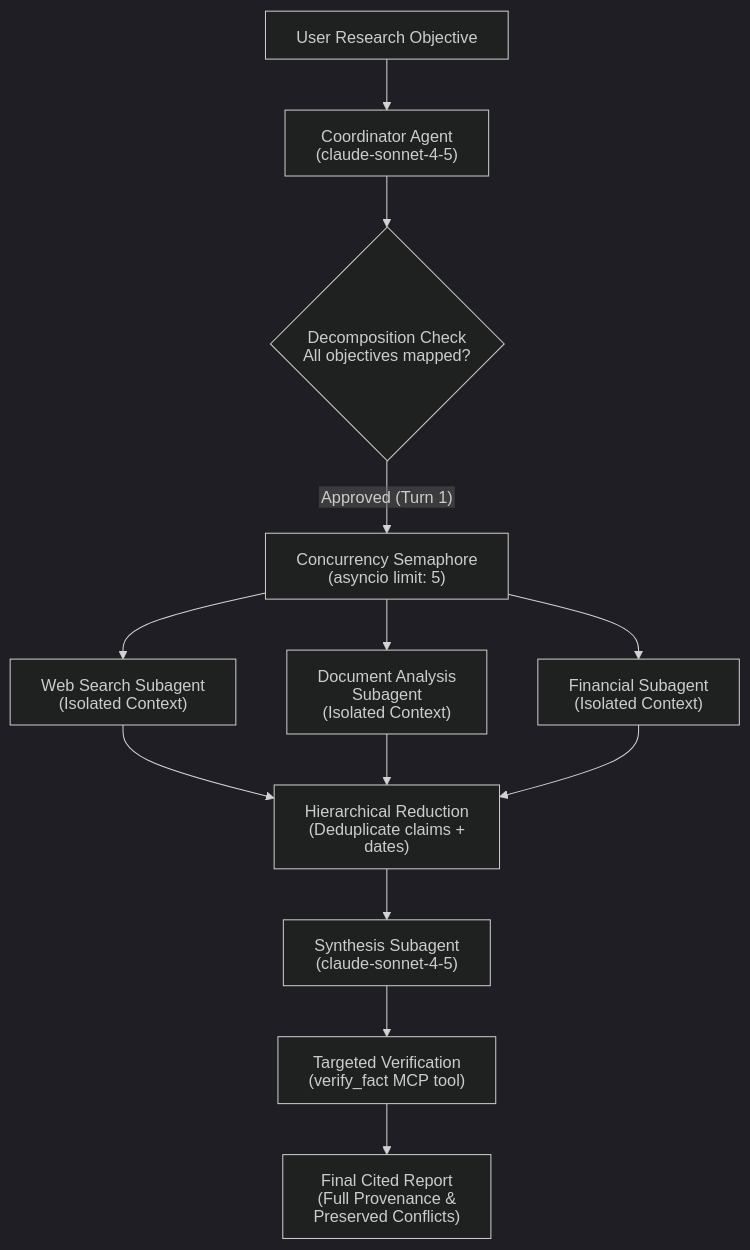
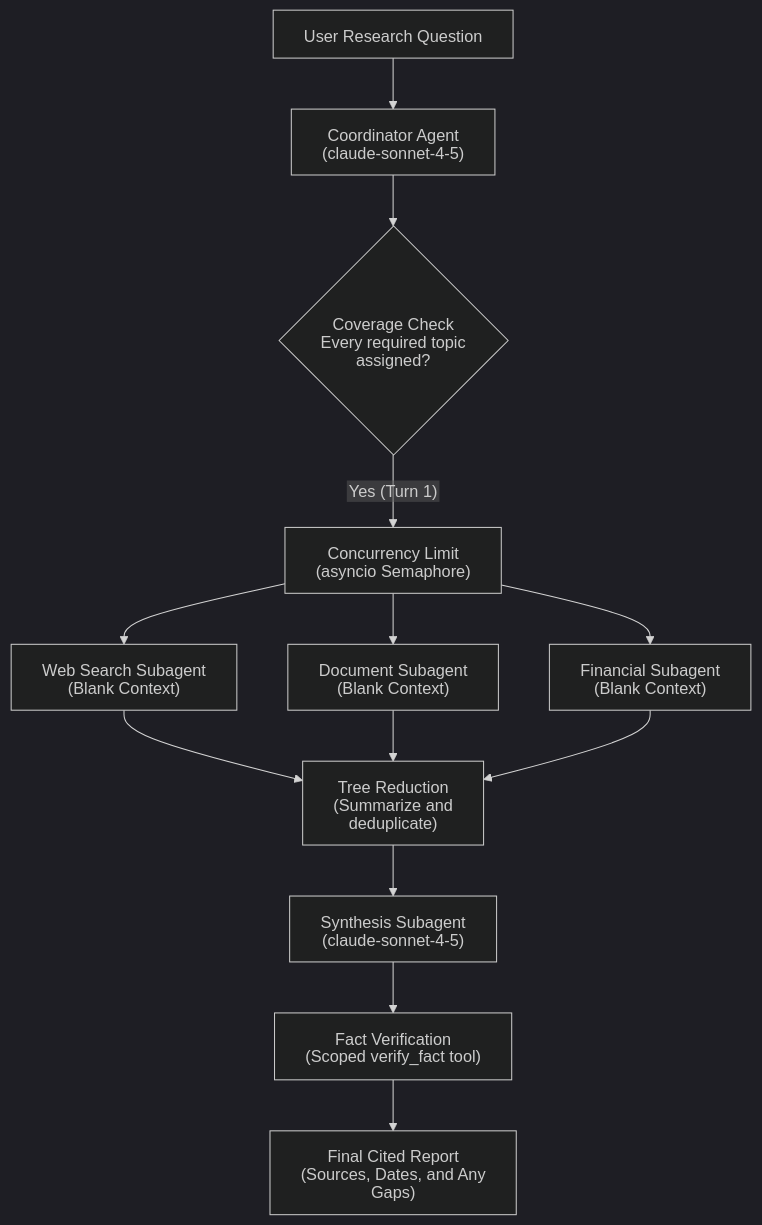
The first of 2 diagrams in scenarios/scenario_3_multi_agent_research/SCENARIO_GUIDE.md (dip4k/claude_cert_architect_foundation_prep), drawn with Mermaid (dark theme) before and after one commit. The commit also changed other lines of this file and 13 other files, not shown here.

````diff
--- a/scenarios/scenario_3_multi_agent_research/SCENARIO_GUIDE.md
+++ b/scenarios/scenario_3_multi_agent_research/SCENARIO_GUIDE.md
@@ -20,20 +22,20 @@
 ```mermaid
 ---
 config:
   htmlLabels: false
 ---
 flowchart TD
-    User["User Research Objective"] --> Coord["Coordinator Agent<br>(claude-sonnet-4-5)"]
-    Coord --> Decomp{"Decomposition Check<br>All objectives mapped?"}
+    User["User Research Question"] --> Coord["Coordinator Agent<br>(claude-sonnet-4-5)"]
+    Coord --> Decomp{"Coverage Check<br>Every required topic assigned?"}
 
-    Decomp -->|"Approved (Turn 1)"| Throttle["Concurrency Semaphore<br>(asyncio limit: 5)"]
+    Decomp -->|"Yes (Turn 1)"| Throttle["Concurrency Limit<br>(asyncio Semaphore)"]
 
-    Throttle --> SubWeb["Web Search Subagent<br>(Isolated Context)"]
-    Throttle --> SubDoc["Document Analysis Subagent<br>(Isolated Context)"]
-    Throttle --> SubFin["Financial Subagent<br>(Isolated Context)"]
+    Throttle --> SubWeb["Web Search Subagent<br>(Blank Context)"]
+    Throttle --> SubDoc["Document Subagent<br>(Blank Context)"]
+    Throttle --> SubFin["Financial Subagent<br>(Blank Context)"]
 
-    SubWeb & SubDoc & SubFin --> Reducer["Hierarchical Reduction<br>(Deduplicate claims + dates)"]
+    SubWeb & SubDoc & SubFin --> Reducer["Tree Reduction<br>(Summarize and deduplicate)"]
     Reducer --> Synth["Synthesis Subagent<br>(claude-sonnet-4-5)"]
-    Synth --> Verify["Targeted Verification<br>(verify_fact MCP tool)"]
-    Verify --> Out["Final Cited Report<br>(Full Provenance & Preserved Conflicts)"]
+    Synth --> Verify["Fact Verification<br>(Scoped verify_fact tool)"]
+    Verify --> Out["Final Cited Report<br>(Sources, Dates, and Any Gaps)"]
 ```
````
